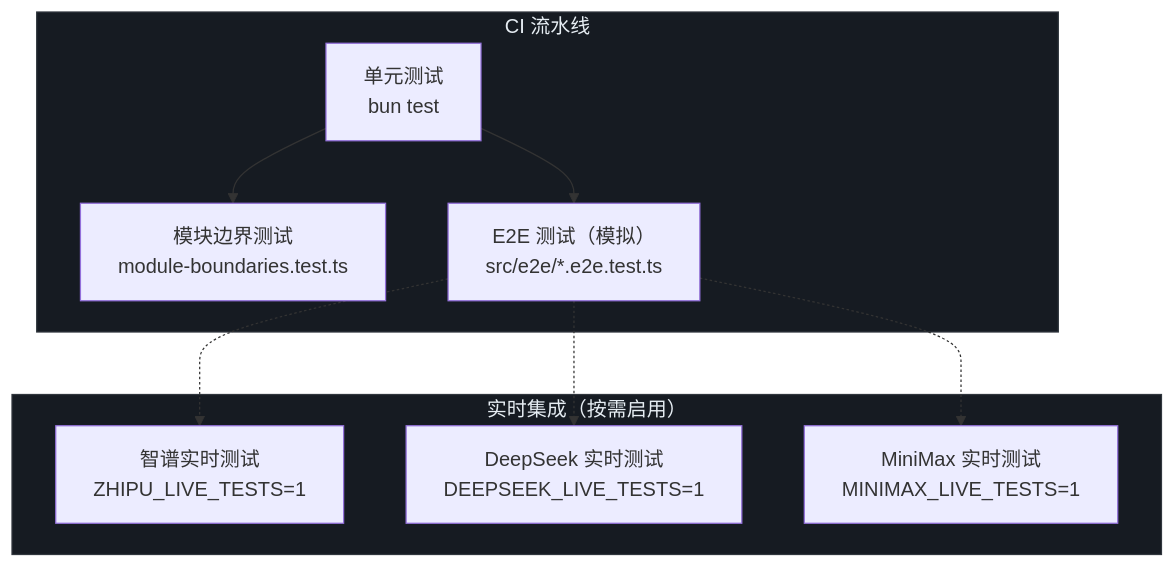
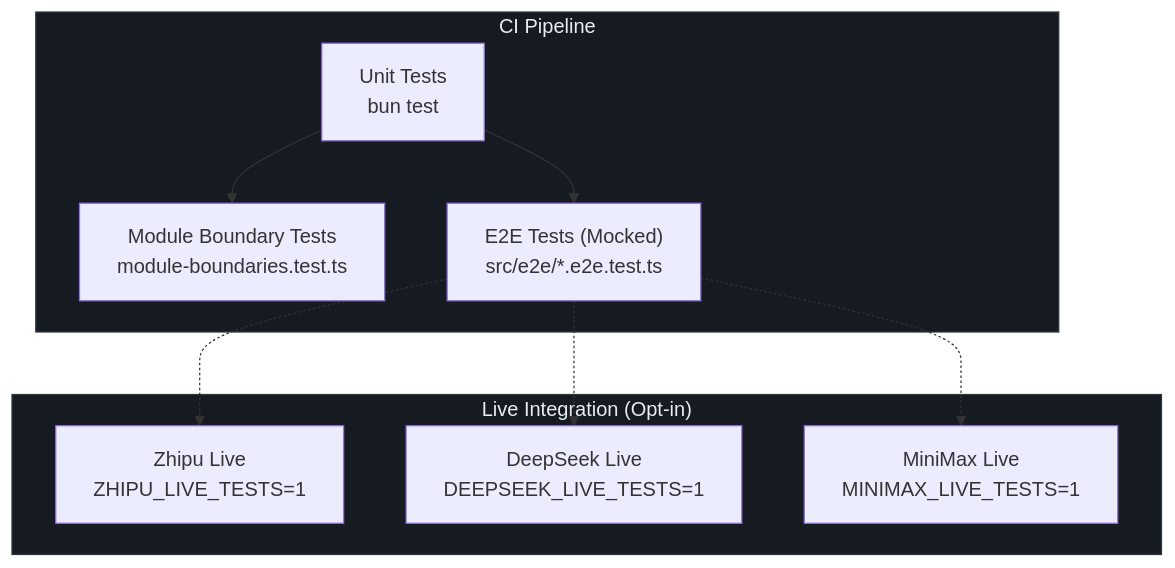
One commit to Ahoo-Wang/GodeX changed the first of 5 diagrams in wiki/zh/08-testing/testing.md. Above: the diagram before and after it, drawn with Mermaid. The commit also changed other lines of this file and 36 other files, not shown here.

````diff
--- a/wiki/zh/08-testing/testing.md
+++ b/wiki/zh/08-testing/testing.md
@@ -24,22 +24,22 @@
 ```mermaid
 graph TB
-    subgraph CI ["CI 流水线"]
+    subgraph CI ["CI Pipeline"]
         style CI fill:#161b22,stroke:#30363d,color:#e6edf3
-        Unit["单元测试<br>bun test"]
-        Boundary["模块边界测试<br>module-boundaries.test.ts"]
-        E2E["E2E 测试（模拟）<br>src/e2e/*.e2e.test.ts"]
+        Unit["Unit Tests<br>bun test"]
+        Boundary["Module Boundary Tests<br>module-boundaries.test.ts"]
+        E2E["E2E Tests (Mocked)<br>src/e2e/*.e2e.test.ts"]
     end
 
-    subgraph Live ["实时集成（按需启用）"]
+    subgraph Live ["Live Integration (Opt-in)"]
         style Live fill:#161b22,stroke:#30363d,color:#e6edf3
-        Zhipu["智谱实时测试<br>ZHIPU_LIVE_TESTS=1"]
-        DeepSeek["DeepSeek 实时测试<br>DEEPSEEK_LIVE_TESTS=1"]
-        MiniMax["MiniMax 实时测试<br>MINIMAX_LIVE_TESTS=1"]
+        Zhipu["Zhipu Live<br>ZHIPU_LIVE_TESTS=1"]
+        DeepSeek["DeepSeek Live<br>DEEPSEEK_LIVE_TESTS=1"]
+        MiniMax["MiniMax Live<br>MINIMAX_LIVE_TESTS=1"]
     end
 
     Unit --> Boundary
     Unit --> E2E
     E2E -.-> Zhipu
     E2E -.-> DeepSeek
     E2E -.-> MiniMax
 ```
````
